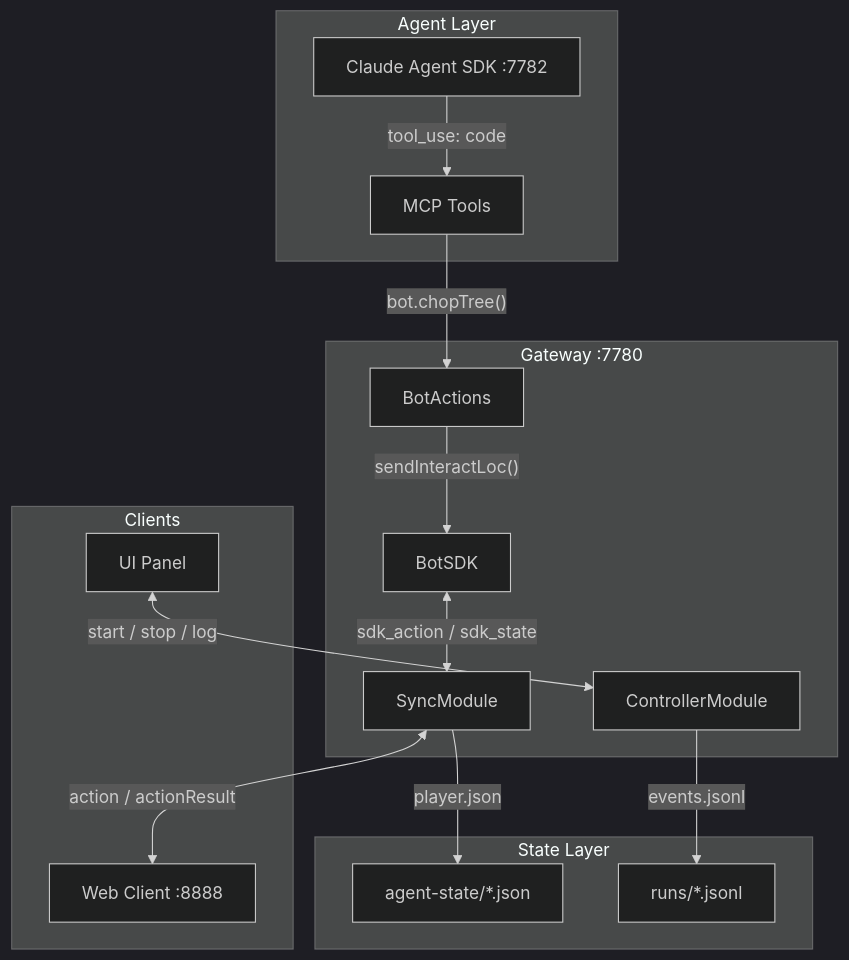
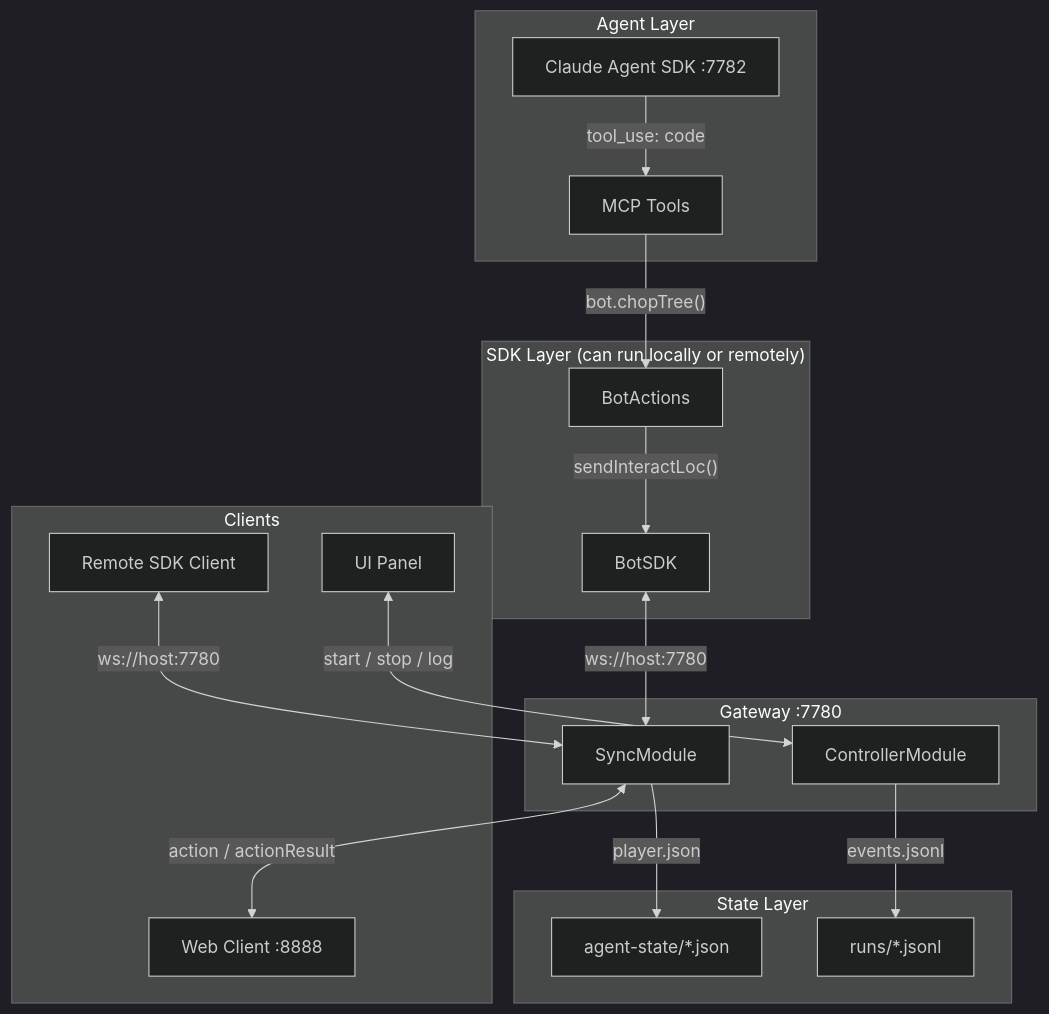
One commit to AuburyEssentian/rs-sdk changed the first of 6 diagrams in system-architecture.md. Above: the diagram before and after it, drawn with Mermaid (dark theme). The commit also changed other lines of this file and 20 other files, not shown here.

````diff
--- a/system-architecture.md
+++ b/system-architecture.md
@@ -7,33 +7,38 @@
 ```mermaid
 flowchart TB
     subgraph Clients["Clients"]
         WebClient["Web Client :8888"]
         UI["UI Panel"]
+        RemoteSDK["Remote SDK Client"]
     end
 
     subgraph Agent["Agent Layer"]
         Claude["Claude Agent SDK :7782"]
         MCP["MCP Tools"]
     end
 
     subgraph Core["Gateway :7780"]
         SyncMod["SyncModule"]
         CtrlMod["ControllerModule"]
+    end
+
+    subgraph SDKLayer["SDK Layer (can run locally or remotely)"]
         Porcelain["BotActions"]
         SDK["BotSDK"]
     end
 
     subgraph State["State Layer"]
         Files["agent-state/*.json"]
         Runs["runs/*.jsonl"]
     end
 
     UI <-->|"start / stop / log"| CtrlMod
     Claude -->|"tool_use: code"| MCP
     MCP -->|"bot.chopTree()"| Porcelain
     Porcelain -->|"sendInteractLoc()"| SDK
-    SDK <-->|"sdk_action / sdk_state"| SyncMod
+    SDK <-->|"ws://host:7780"| SyncMod
+    RemoteSDK <-->|"ws://host:7780"| SyncMod
     SyncMod <-->|"action / actionResult"| WebClient
     CtrlMod -->|"events.jsonl"| Runs
     SyncMod -->|"player.json"| Files
 ```
````
